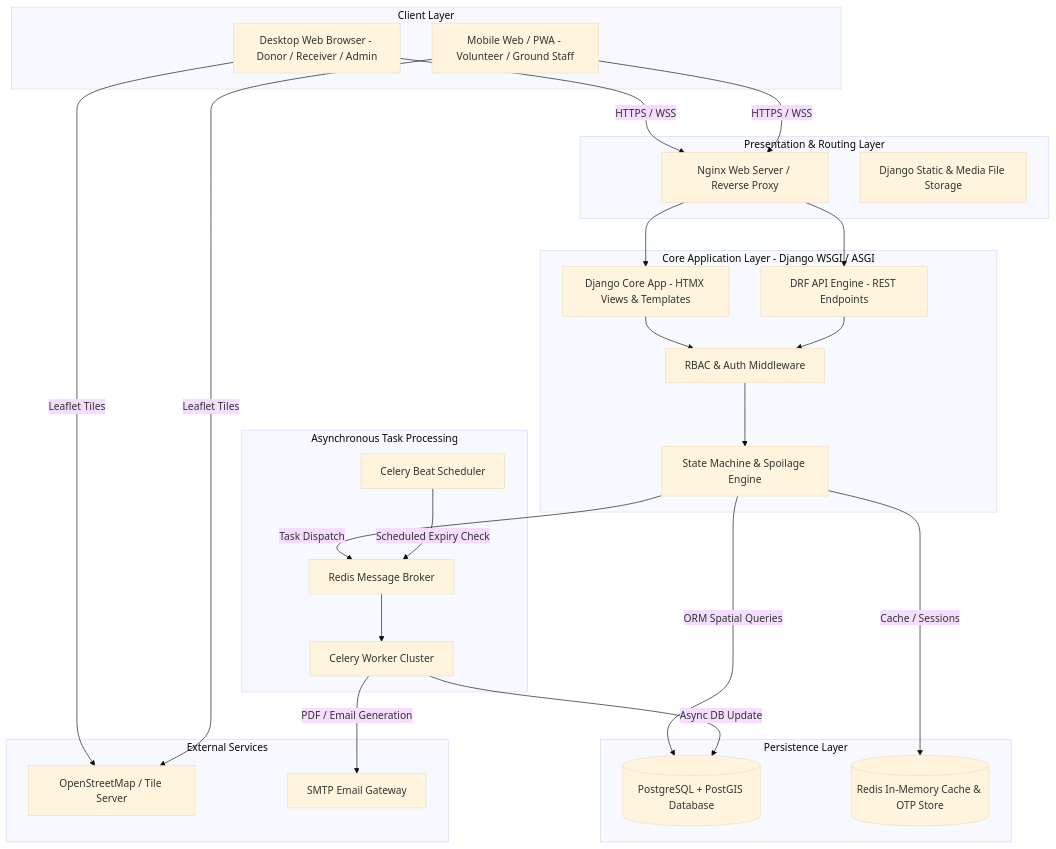
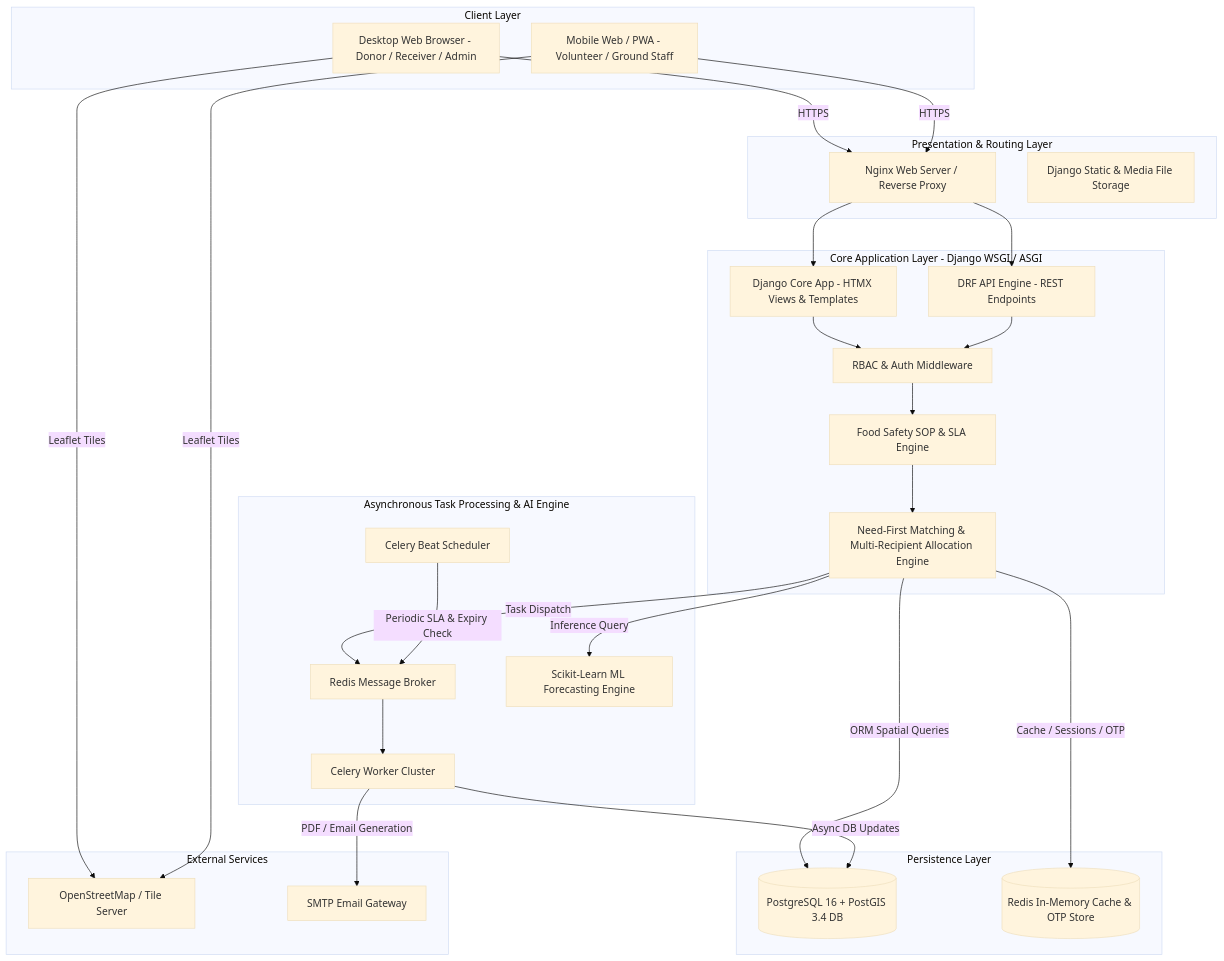
The first of 6 diagrams in 03_SANJOG_System_Architecture.md (pewdiepie4259/SANJOG), drawn with Mermaid (base theme) before and after one commit. The commit also changed other lines of this file and 8 other files, not shown here.

Commit message:
docs: update SANJOG Food Rescue OS architecture, PRD, SRS, UI/UX, database design, test plan, and development pipeline

````diff
--- a/03_SANJOG_System_Architecture.md
+++ b/03_SANJOG_System_Architecture.md
@@ -13,52 +13,56 @@
 ```mermaid
 graph TD
     subgraph Client Layer
         A1[Desktop Web Browser - Donor / Receiver / Admin]
         A2[Mobile Web / PWA - Volunteer / Ground Staff]
     end
 
     subgraph Presentation & Routing Layer
         B1[Nginx Web Server / Reverse Proxy]
         B2[Django Static & Media File Storage]
     end
 
     subgraph Core Application Layer - Django WSGI / ASGI
         C1[Django Core App - HTMX Views & Templates]
         C2[DRF API Engine - REST Endpoints]
         C3[RBAC & Auth Middleware]
-        C4[State Machine & Spoilage Engine]
+        C4[Food Safety SOP & SLA Engine]
+        C5[Need-First Matching & Multi-Recipient Allocation Engine]
     end
 
-    subgraph Asynchronous Task Processing
+    subgraph Asynchronous Task Processing & AI Engine
         D1[Redis Message Broker]
         D2[Celery Worker Cluster]
         D3[Celery Beat Scheduler]
+        D4[Scikit-Learn ML Forecasting Engine]
     end
 
     subgraph Persistence Layer
-        E1[(PostgreSQL + PostGIS Database)]
+        E1[(PostgreSQL 16 + PostGIS 3.4 DB)]
         E2[(Redis In-Memory Cache & OTP Store)]
     end
 
     subgraph External Services
         F1[OpenStreetMap / Tile Server]
         F2[SMTP Email Gateway]
     end
 
-    A1 -->|HTTPS / WSS| B1
-    A2 -->|HTTPS / WSS| B1
+    A1 -->|HTTPS| B1
+    A2 -->|HTTPS| B1
     B1 --> C1
     B1 --> C2
     C1 --> C3
     C2 --> C3
     C3 --> C4
-    C4 -->|ORM Spatial Queries| E1
-    C4 -->|Cache / Sessions| E2
-    C4 -->|Task Dispatch| D1
+    C4 --> C5
+    C5 -->|ORM Spatial Queries| E1
+    C5 -->|Cache / Sessions / OTP| E2
+    C5 -->|Task Dispatch| D1
     D1 --> D2
-    D3 -->|Scheduled Expiry Check| D1
-    D2 -->|Async DB Update| E1
+    D3 -->|Periodic SLA & Expiry Check| D1
+    D2 -->|Async DB Updates| E1
     D2 -->|PDF / Email Generation| F2
+    C5 -->|Inference Query| D4
     A1 -->|Leaflet Tiles| F1
     A2 -->|Leaflet Tiles| F1
 ```
````
